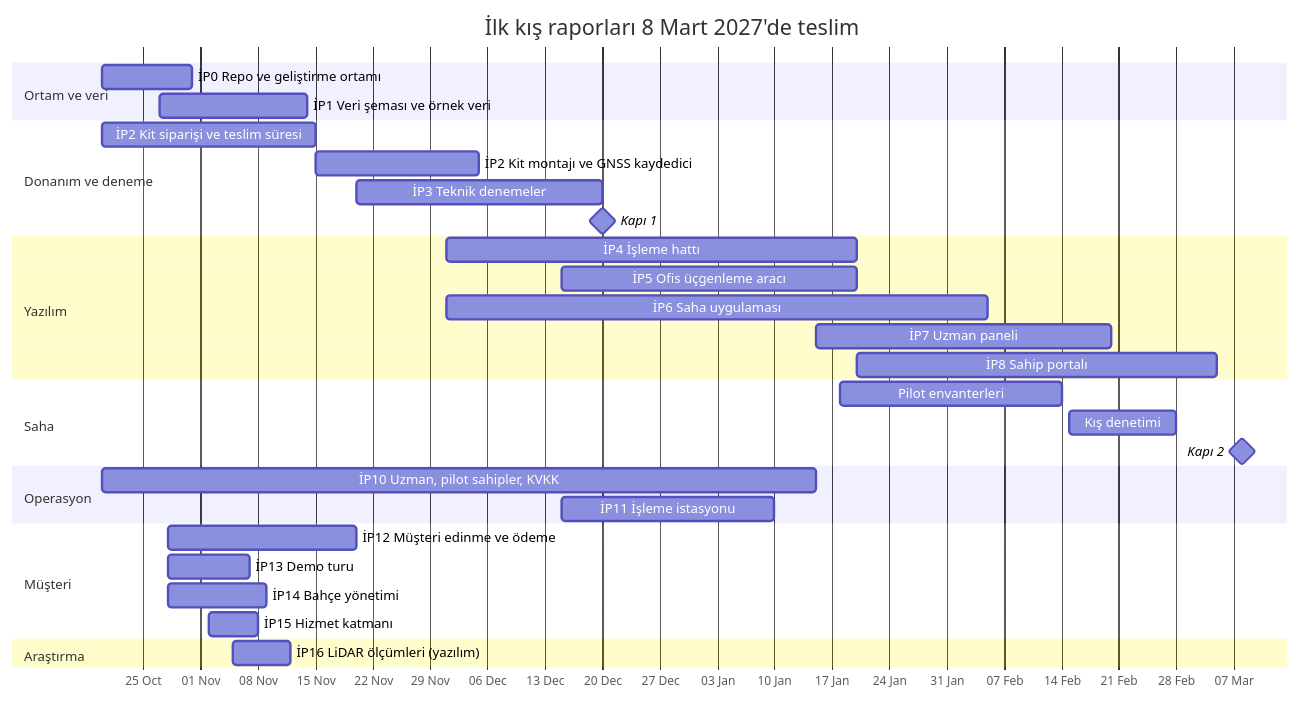
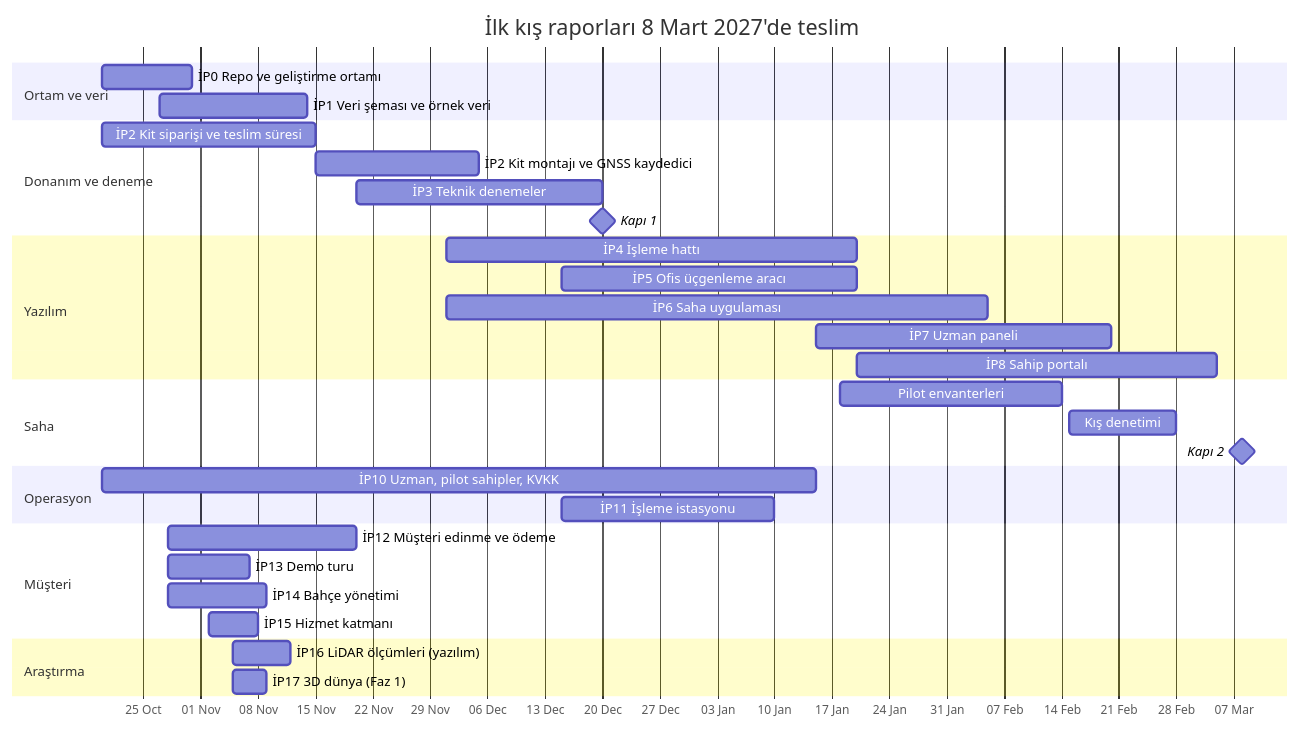
Before and after one commit to yusuftiryaki/orchadOS: the diagram in docs/plan.md, drawn with Mermaid. The commit also changed other lines of this file and 26 other files, not shown here.

````diff
--- a/docs/plan.md
+++ b/docs/plan.md
@@ -21,34 +21,35 @@
 ```mermaid
 gantt
     title İlk kış raporları 8 Mart 2027'de teslim
     dateFormat YYYY-MM-DD
     axisFormat %d %b
     section Ortam ve veri
     İP0 Repo ve geliştirme ortamı      :ip0, 2026-10-20, 2026-10-31
     İP1 Veri şeması ve örnek veri      :ip1, 2026-10-27, 2026-11-14
     section Donanım ve deneme
     İP2 Kit siparişi ve teslim süresi  :ip2a, 2026-10-20, 2026-11-15
     İP2 Kit montajı ve GNSS kaydedici  :ip2b, 2026-11-15, 2026-12-05
     İP3 Teknik denemeler               :ip3, 2026-11-20, 2026-12-20
     Kapı 1                             :milestone, k1, 2026-12-20, 0d
     section Yazılım
     İP4 İşleme hattı                   :ip4, 2026-12-01, 2027-01-20
     İP5 Ofis üçgenleme aracı           :ip5, 2026-12-15, 2027-01-20
     İP6 Saha uygulaması                :ip6, 2026-12-01, 2027-02-05
     İP7 Uzman paneli                   :ip7, 2027-01-15, 2027-02-20
     İP8 Sahip portalı                  :ip8, 2027-01-20, 2027-03-05
     section Saha
     Pilot envanterleri                 :env, 2027-01-18, 2027-02-14
     Kış denetimi                       :kis, 2027-02-15, 2027-02-28
     Kapı 2                             :milestone, k2, 2027-03-08, 0d
     section Operasyon
     İP10 Uzman, pilot sahipler, KVKK   :ip10, 2026-10-20, 2027-01-15
     İP11 İşleme istasyonu              :ip11, 2026-12-15, 2027-01-10
     section Müşteri
     İP12 Müşteri edinme ve ödeme       :ip12, 2026-10-28, 2026-11-20
     İP13 Demo turu                     :ip13, 2026-10-28, 2026-11-07
     İP14 Bahçe yönetimi                :ip14, 2026-10-28, 2026-11-09
     İP15 Hizmet katmanı: ot biçme      :ip15, 2026-11-02, 2026-11-08
     section Araştırma
     İP16 LiDAR ölçümleri (yazılım)     :ip16, 2026-11-05, 2026-11-12
+    İP17 3D dünya (Faz 1)              :ip17, 2026-11-05, 2026-11-09
 ```
````
